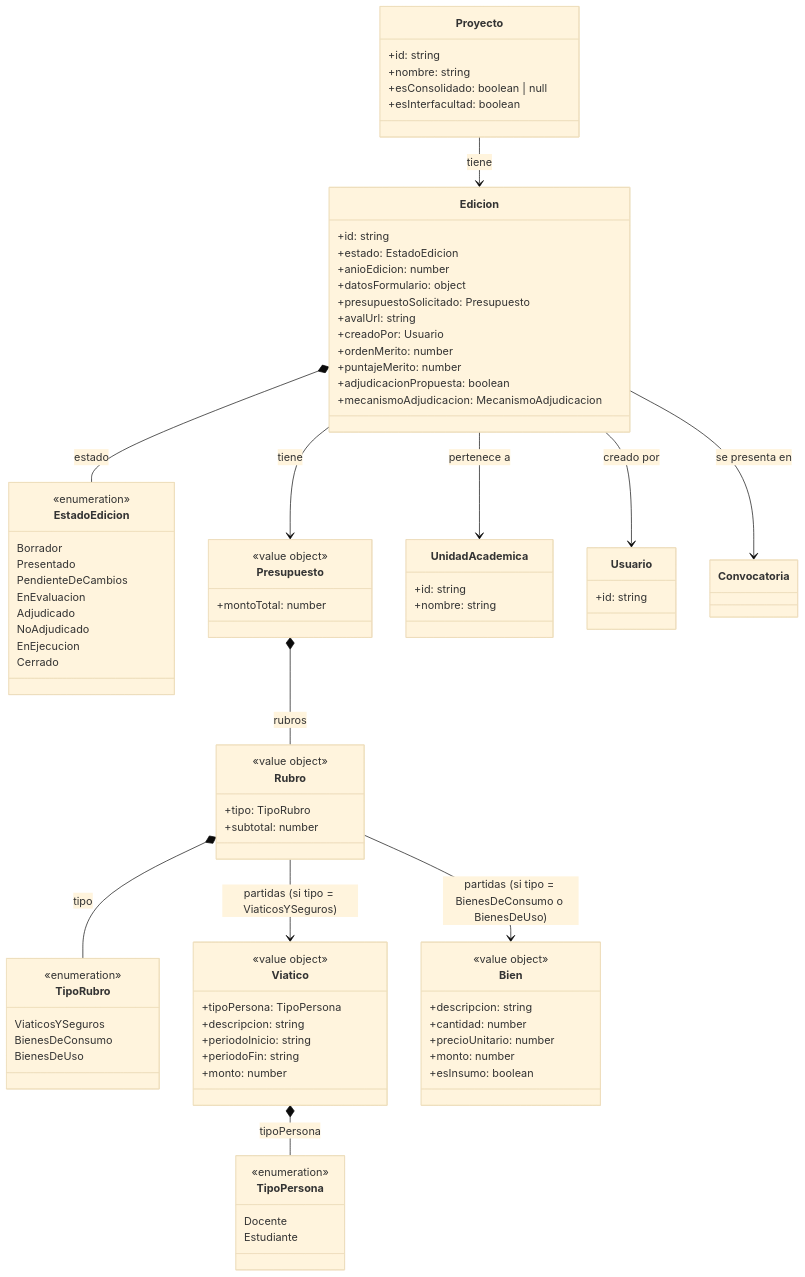
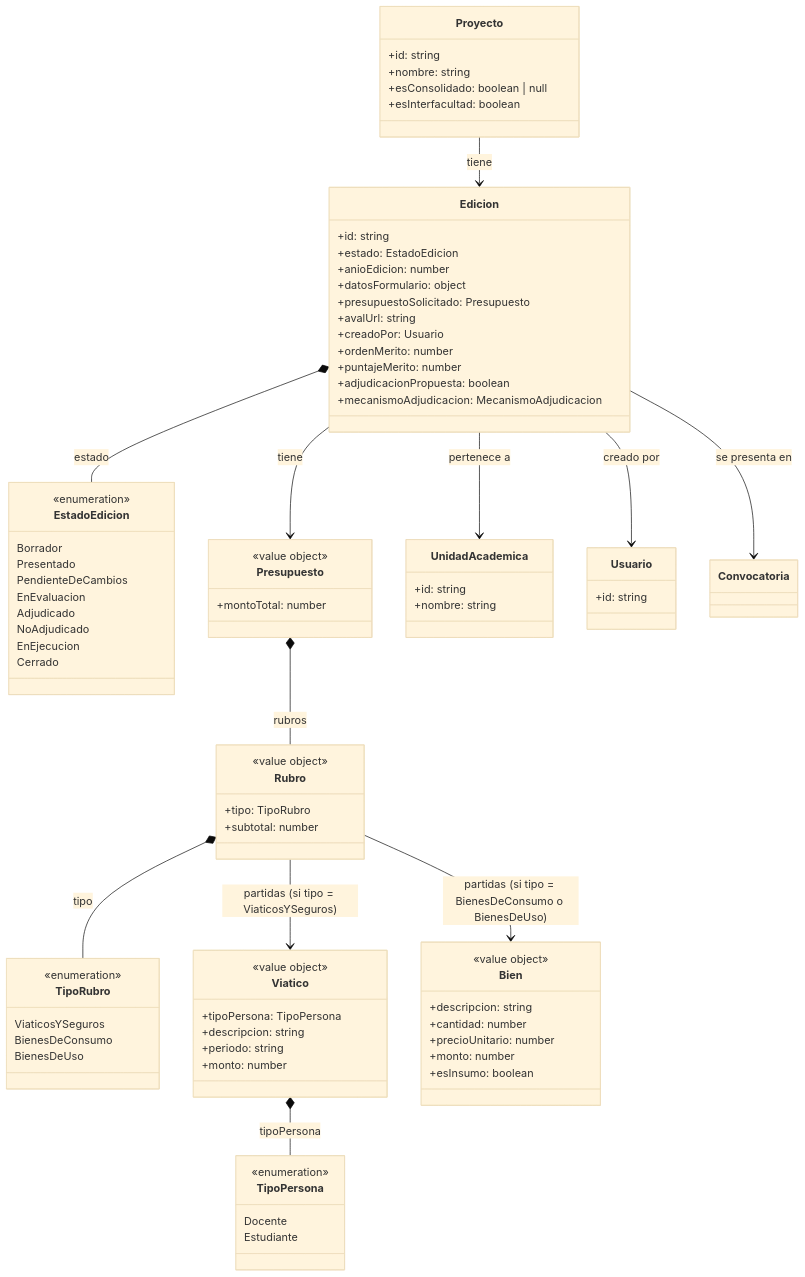
The second of 10 diagrams in docs/dominio/modelo.md (TPP-UBANEX/UBANEX), drawn with Mermaid (base theme) before and after one commit. The commit also changed other lines of this file and 4 other files, not shown here.

```diff
--- a/docs/dominio/modelo.md
+++ b/docs/dominio/modelo.md
@@ -190,8 +190,7 @@
         <<value object>>
         +tipoPersona: TipoPersona
         +descripcion: string
-        +periodoInicio: string
-        +periodoFin: string
+        +periodo: string
         +monto: number
     }
 
```
